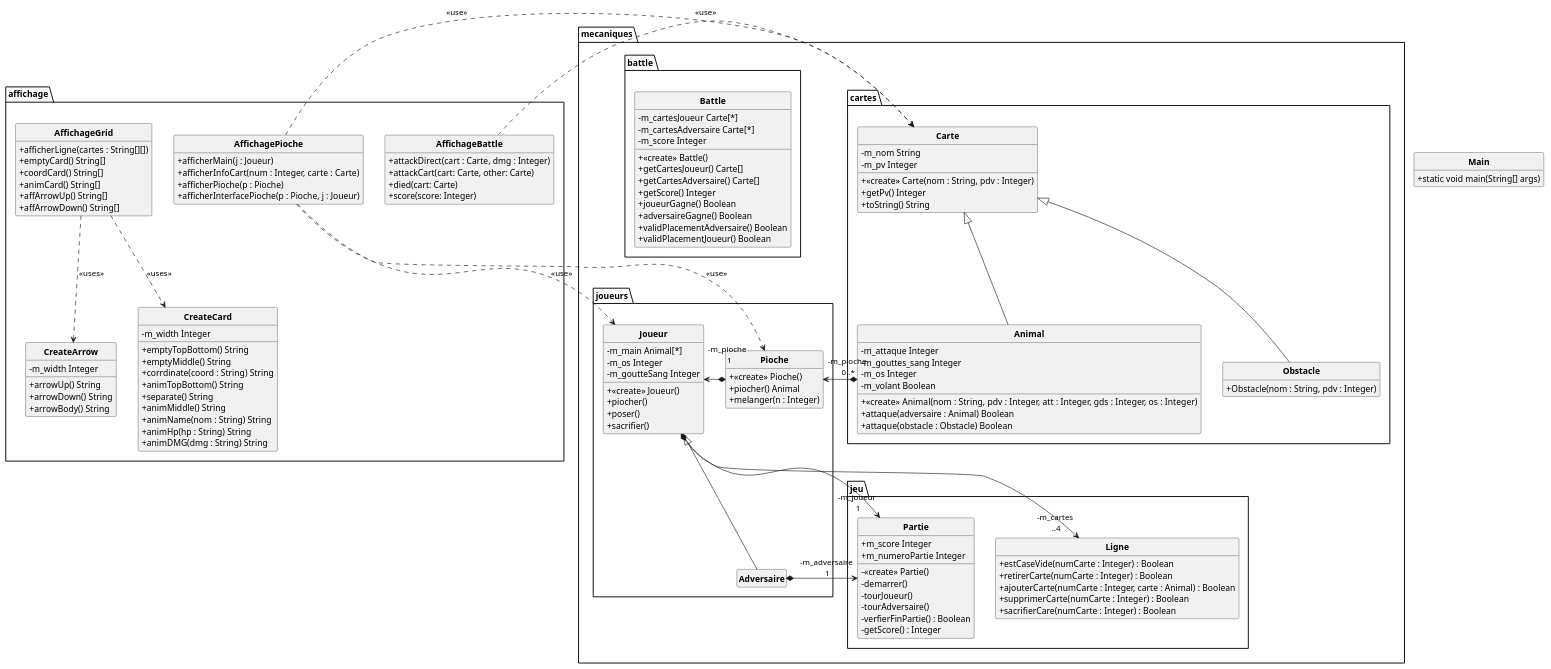
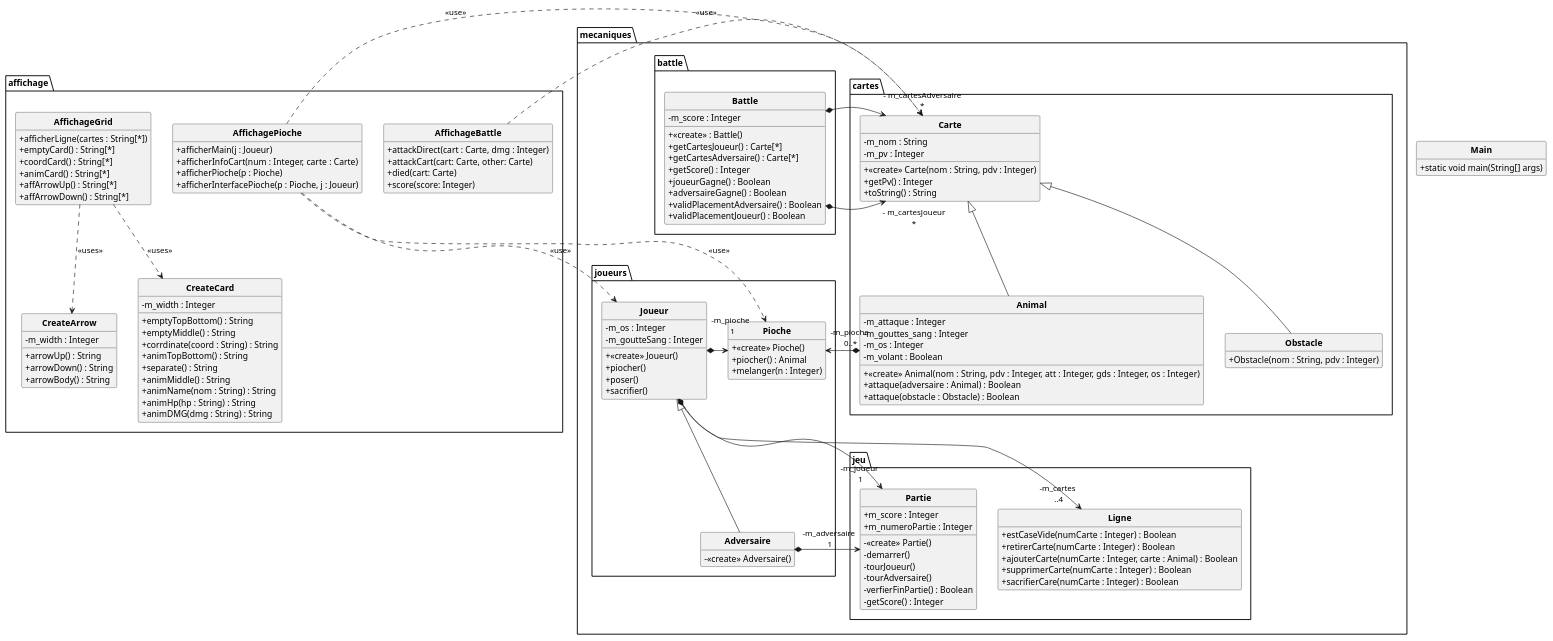
Before and after one commit to 3RZ4-L/projet_Inscryption: the diagram in uml/semaine2.puml, drawn with PlantUML. The commit also changed 1 other file, not shown here.

Commit message:
Corrections uml

```diff
--- a/uml/semaine2.puml
+++ b/uml/semaine2.puml
@@ -1,143 +1,142 @@
 @startuml
 
 skinparam classAttributeIconSize 0
 skinparam classFontStyle Bold
 skinparam style strictuml
 hide empty members
 
 package mecaniques.cartes {
     class Carte {
-        - m_nom String
-        - m_pv Integer
+        - m_nom : String
+        - m_pv : Integer
         + <<create>> Carte(nom : String, pdv : Integer)
-        + getPv() Integer
-        + toString() String
+        + getPv() : Integer
+        + toString() : String
     }
 
     class Animal extends Carte{
-        - m_attaque Integer
-        - m_gouttes_sang Integer
-        - m_os Integer
-        - m_volant Boolean
+        - m_attaque : Integer
+        - m_gouttes_sang : Integer
+        - m_os : Integer
+        - m_volant : Boolean
         + <<create>> Animal(nom : String, pdv : Integer, att : Integer, gds : Integer, os : Integer)
-        + attaque(adversaire : Animal) Boolean
-        + attaque(obstacle : Obstacle) Boolean
+        + attaque(adversaire : Animal) : Boolean
+        + attaque(obstacle : Obstacle) : Boolean
     }
 
     class Obstacle extends Carte{
         + Obstacle(nom : String, pdv : Integer)
     }
 }
 
 package affichage {
     class AffichageGrid {
-        + afficherLigne(cartes : String[][])
-        + emptyCard() String[]
-        + coordCard() String[]
-        + animCard() String[]
-        + affArrowUp() String[]
-        + affArrowDown() String[]
+        + afficherLigne(cartes : String[*])
+        + emptyCard() : String[*]
+        + coordCard() : String[*]
+        + animCard() : String[*]
+        + affArrowUp() : String[*]
+        + affArrowDown() : String[*]
     }
     class CreateArrow{
-        - m_width Integer
-        + arrowUp() String
-        + arrowDown() String
-        + arrowBody() String
+        - m_width : Integer
+        + arrowUp() : String
+        + arrowDown() : String
+        + arrowBody() : String
     }
     class CreateCard{
-        - m_width Integer
-        + emptyTopBottom() String
-        + emptyMiddle() String
-        + corrdinate(coord : String) String
-        + animTopBottom() String
-        + separate() String
-        + animMiddle() String
-        + animName(nom : String) String
-        + animHp(hp : String) String
-        + animDMG(dmg : String) String
+        - m_width : Integer
+        + emptyTopBottom() : String
+        + emptyMiddle() : String
+        + corrdinate(coord : String) : String
+        + animTopBottom() : String
+        + separate() : String
+        + animMiddle() : String
+        + animName(nom : String) : String
+        + animHp(hp : String) : String
+        + animDMG(dmg : String) : String
     }
     class AffichageBattle{
         + attackDirect(cart : Carte, dmg : Integer)
         + attackCart(cart: Carte, other: Carte)
         + died(cart: Carte)
         + score(score: Integer)
     }
     class AffichagePioche{
         + afficherMain(j : Joueur)
         + afficherInfoCart(num : Integer, carte : Carte)
         + afficherPioche(p : Pioche)
         + afficherInterfacePioche(p : Pioche, j : Joueur)
     }
 }
 package mecaniques.joueurs{
     class Pioche {
         + <<create>> Pioche()
-        + piocher() Animal
+        + piocher() : Animal
         + melanger(n : Integer)
     }
 
     class Joueur{
-        - m_main Animal[*]
-        - m_os Integer
-        - m_goutteSang Integer
+        - m_os : Integer
+        - m_goutteSang : Integer
         + <<create>> Joueur()
         + piocher()
         + poser()
         + sacrifier()
     }
     class Adversaire extends Joueur{
-
+        -<<create>> Adversaire()
     }
 }
 package mecaniques.battle{
     class Battle{
-        - m_cartesJoueur Carte[*]
-        - m_cartesAdversaire Carte[*]
-        - m_score Integer
-        + <<create>> Battle()
-        + getCartesJoueur() Carte[]
-        + getCartesAdversaire() Carte[]
-        + getScore() Integer
-        + joueurGagne() Boolean
-        + adversaireGagne() Boolean
-        + validPlacementAdversaire() Boolean
-        + validPlacementJoueur() Boolean
+        - m_score : Integer
+        + <<create>> : Battle()
+        + getCartesJoueur() : Carte[*]
+        + getCartesAdversaire() : Carte[*]
+        + getScore() : Integer
+        + joueurGagne() : Boolean
+        + adversaireGagne() : Boolean
+        + validPlacementAdversaire() : Boolean
+        + validPlacementJoueur() : Boolean
     }
 }
 package mecaniques.jeu{
     class Ligne{
         + estCaseVide(numCarte : Integer) : Boolean
         + retirerCarte(numCarte : Integer) : Boolean
         + ajouterCarte(numCarte : Integer, carte : Animal) : Boolean
         + supprimerCarte(numCarte : Integer) : Boolean
         + sacrifierCare(numCarte : Integer) : Boolean
     }
     class Partie{
-        + m_score Integer
-        + m_numeroPartie Integer
+        + m_score : Integer
+        + m_numeroPartie : Integer
         - <<create>> Partie()
         - demarrer()
         - tourJoueur()
         - tourAdversaire()
         - verfierFinPartie() : Boolean
         - getScore() : Integer
     }
 }
 
 class Main {
     +static void main(String[] args)
 }
 
 AffichageGrid ..> CreateArrow : <<uses>>
 AffichageGrid ..> CreateCard : <<uses>>
 AffichageBattle .> Carte : <<use>>
 AffichagePioche .> Joueur : <<use>>
 AffichagePioche .> Carte : <<use>>
 AffichagePioche .> Pioche : <<use>>
 Pioche <-* "-m_pioche\n 0..*" Animal
-Pioche *-> "-m_pioche \n 1" Joueur
+Pioche <-* "-m_pioche \n 1" Joueur
 Joueur *-> "-m_cartes\n ..4" Ligne
 Joueur *-> "-m_joueur\n 1" Partie
 Adversaire *-> "-m_adversaire\n 1" Partie
+Battle *-> "- m_cartesJoueur\n*" Carte
+Battle *-> "- m_cartesAdversaire\n*" Carte
 
 @enduml
```
